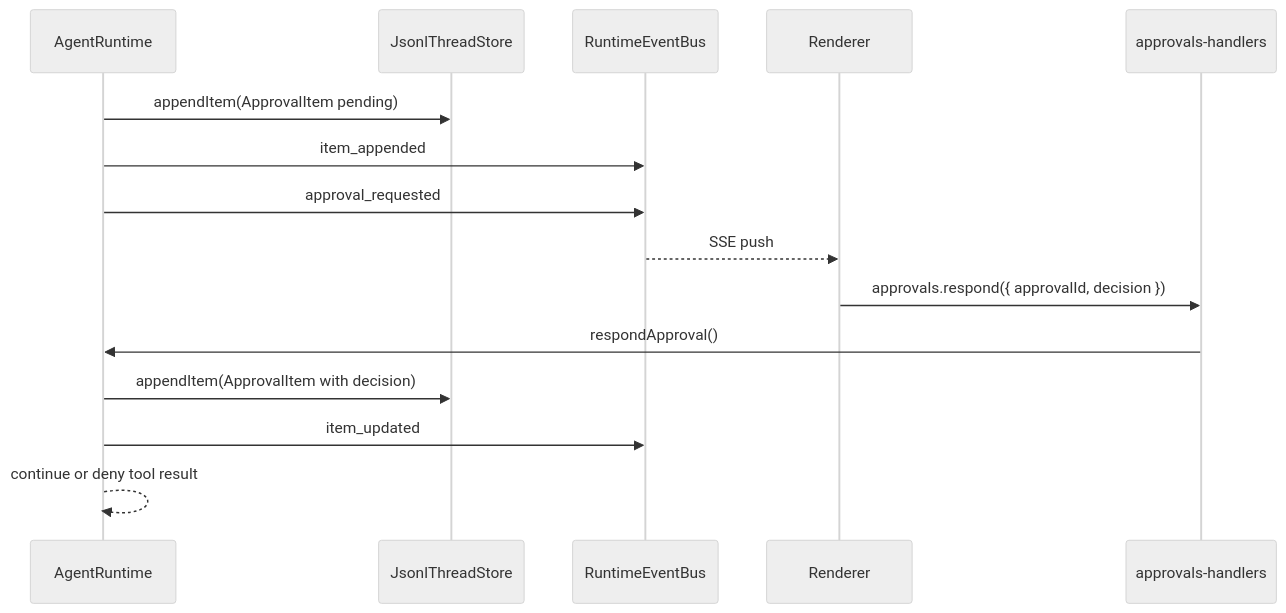
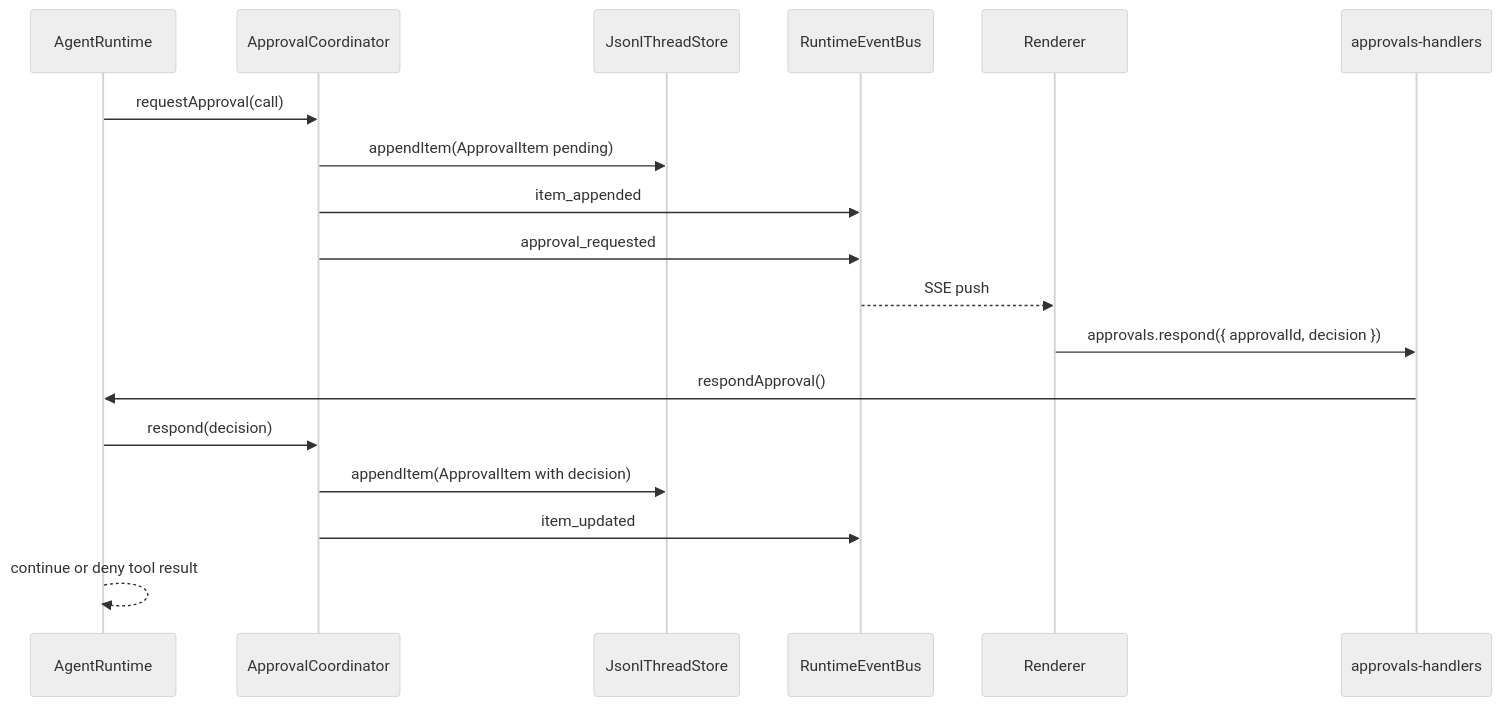
Before and after one commit to dp-sudo/agent-pyramid-desktop: the sixth of 7 diagrams in docs/runtime-flow.md, drawn with Mermaid (neutral theme). The commit also changed other lines of this file and 12 other files, not shown here.

````diff
--- a/docs/runtime-flow.md
+++ b/docs/runtime-flow.md
@@ -480,18 +487,21 @@
 ```mermaid
 sequenceDiagram
   participant RT as AgentRuntime
+  participant AC as ApprovalCoordinator
   participant Store as JsonlThreadStore
   participant Bus as RuntimeEventBus
   participant UI as Renderer
   participant IPC as approvals-handlers
 
-  RT->>Store: appendItem(ApprovalItem pending)
-  RT->>Bus: item_appended
-  RT->>Bus: approval_requested
+  RT->>AC: requestApproval(call)
+  AC->>Store: appendItem(ApprovalItem pending)
+  AC->>Bus: item_appended
+  AC->>Bus: approval_requested
   Bus-->>UI: SSE push
   UI->>IPC: approvals.respond({ approvalId, decision })
   IPC->>RT: respondApproval()
-  RT->>Store: appendItem(ApprovalItem with decision)
-  RT->>Bus: item_updated
+  RT->>AC: respond(decision)
+  AC->>Store: appendItem(ApprovalItem with decision)
+  AC->>Bus: item_updated
   RT-->>RT: continue or deny tool result
 ```
````
